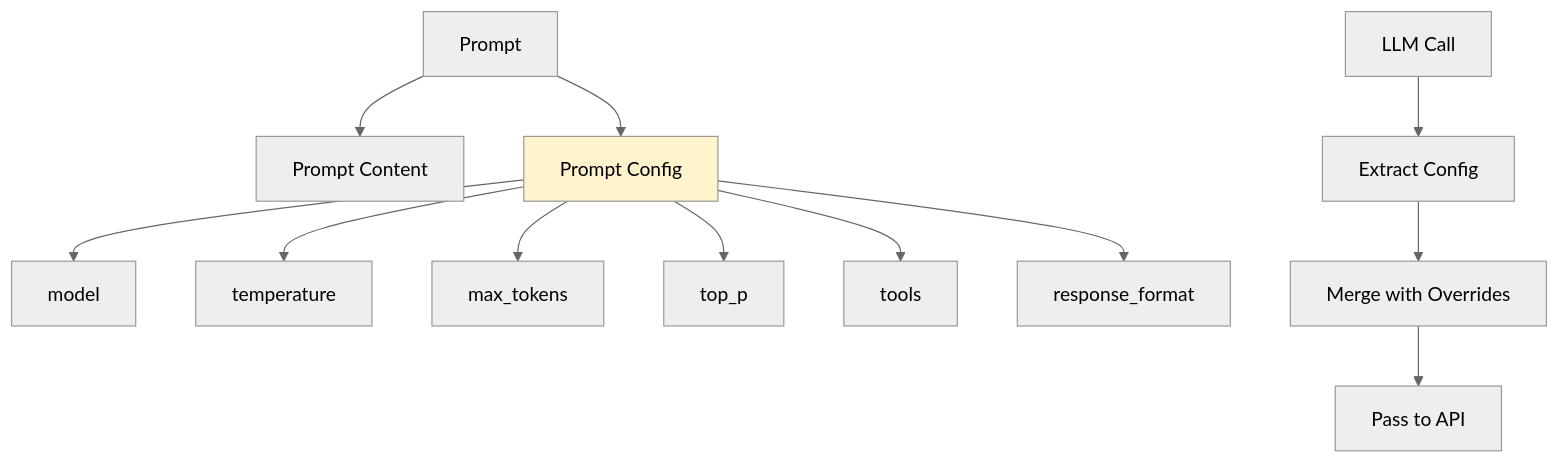
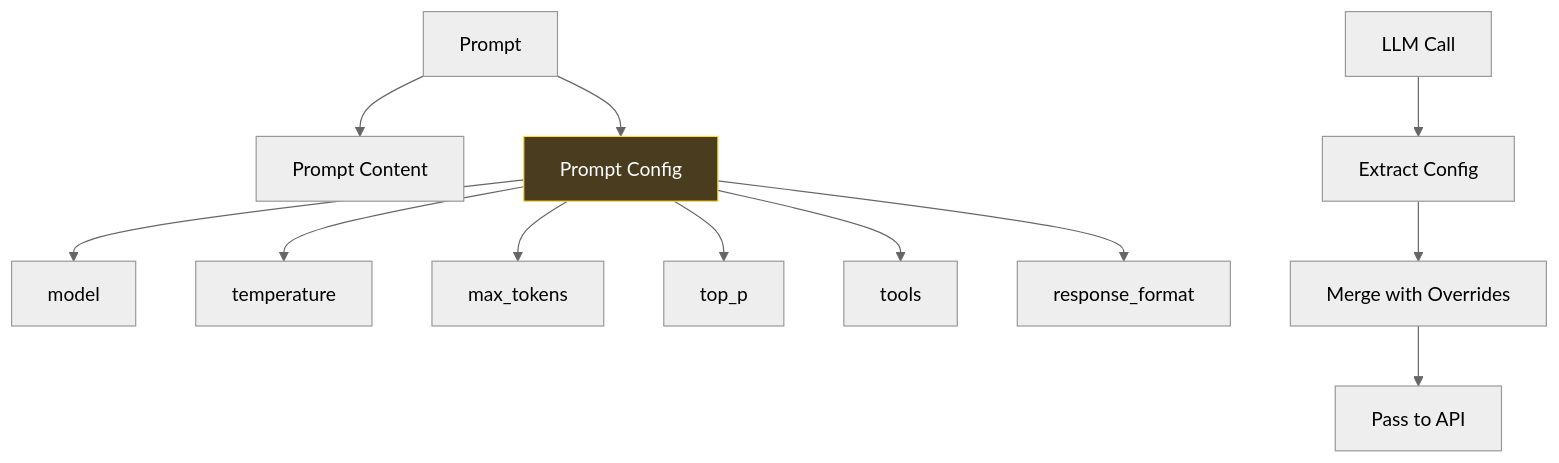
Before and after one commit to nicolad/vadim.blog: the fifth of 10 diagrams in blog/2026/02-11-langfuse-features-prompts-tracing-scores-usage/index.md, drawn with Mermaid (neutral theme). The commit also changed other lines of this file and 1 other file, not shown here.

````diff
--- a/blog/2026/02-11-langfuse-features-prompts-tracing-scores-usage/index.md
+++ b/blog/2026/02-11-langfuse-features-prompts-tracing-scores-usage/index.md
@@ -310,18 +323,18 @@
 ```mermaid
 graph TD
     A[Prompt] --> B[Prompt Content]
     A --> C[Prompt Config]
     
     C --> D[model]
     C --> E[temperature]
     C --> F[max_tokens]
     C --> G[top_p]
     C --> H[tools]
     C --> I[response_format]
     
     J[LLM Call] --> K[Extract Config]
     K --> L[Merge with Overrides]
     L --> M[Pass to API]
     
-    style C fill:#fff3cd
+    style C fill:#4a3c1f,stroke:#ffd93d,color:#fff
 ```
````
